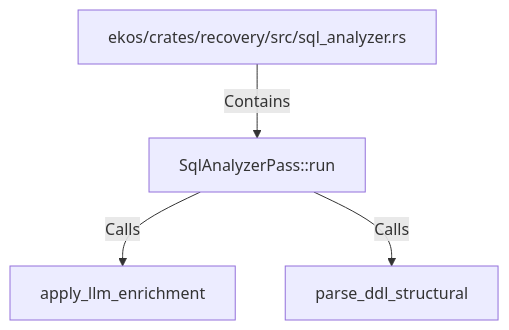
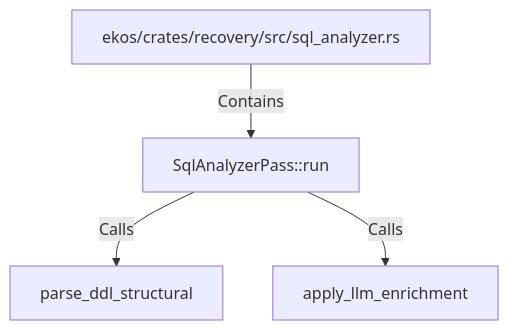
Before and after one commit to alexeyban/EKOS: the diagram in doc/entities/rustsymbol/sq/sqlanalyzerpass-run.md, drawn with Mermaid. The commit also changed other lines of this file and 552 other files, not shown here.

````diff
--- a/doc/entities/rustsymbol/sq/sqlanalyzerpass-run.md
+++ b/doc/entities/rustsymbol/sq/sqlanalyzerpass-run.md
@@ -22,10 +22,10 @@
 ```mermaid
 graph TD
     n9650fe076a5c57dc9a45705995b82a4a["SqlAnalyzerPass::run"]
     ncd768c5e164051c3b6eccb7ac78ade6d["ekos/crates/recovery/src/sql_analyzer.rs"]
     ncd768c5e164051c3b6eccb7ac78ade6d -->|Contains| n9650fe076a5c57dc9a45705995b82a4a
+    n627d6f75f3e852778b29ff55036731c3["parse_ddl_structural"]
+    n9650fe076a5c57dc9a45705995b82a4a -->|Calls| n627d6f75f3e852778b29ff55036731c3
     n42cf8fb18f3d51ceb3c71b465fd82f18["apply_llm_enrichment"]
     n9650fe076a5c57dc9a45705995b82a4a -->|Calls| n42cf8fb18f3d51ceb3c71b465fd82f18
-    n627d6f75f3e852778b29ff55036731c3["parse_ddl_structural"]
-    n9650fe076a5c57dc9a45705995b82a4a -->|Calls| n627d6f75f3e852778b29ff55036731c3
 ```
````
